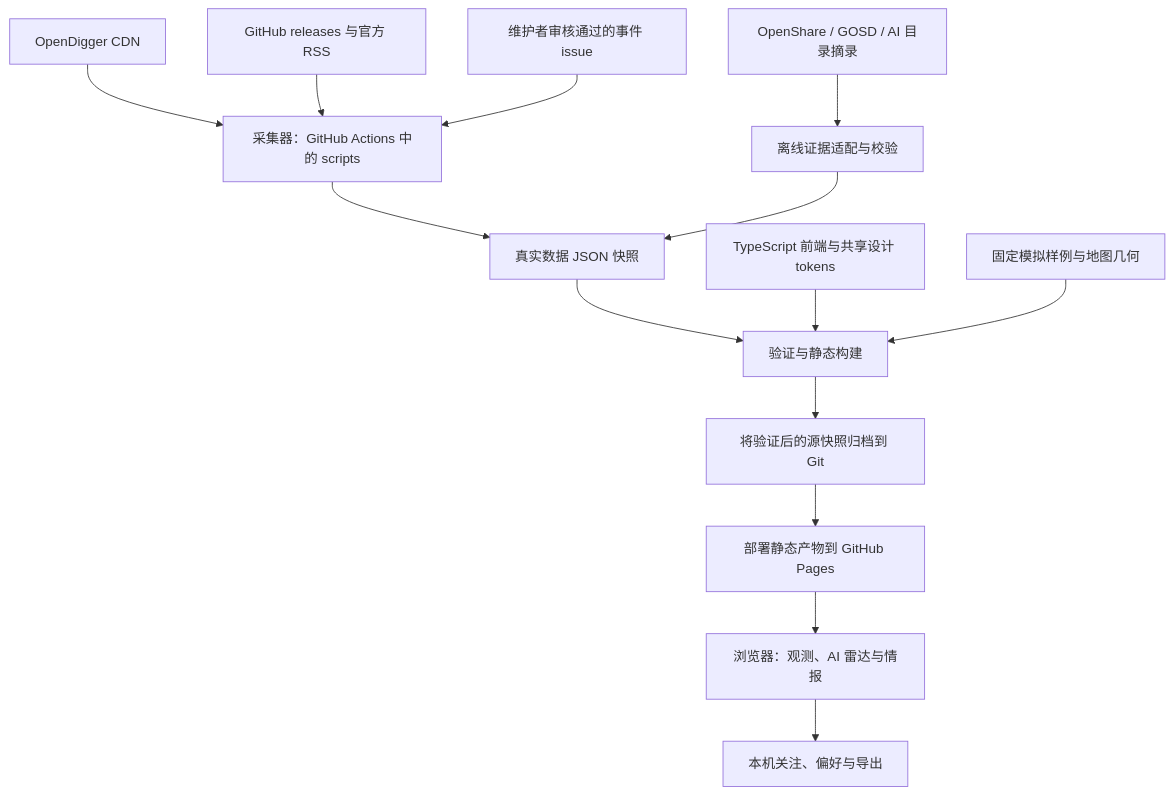
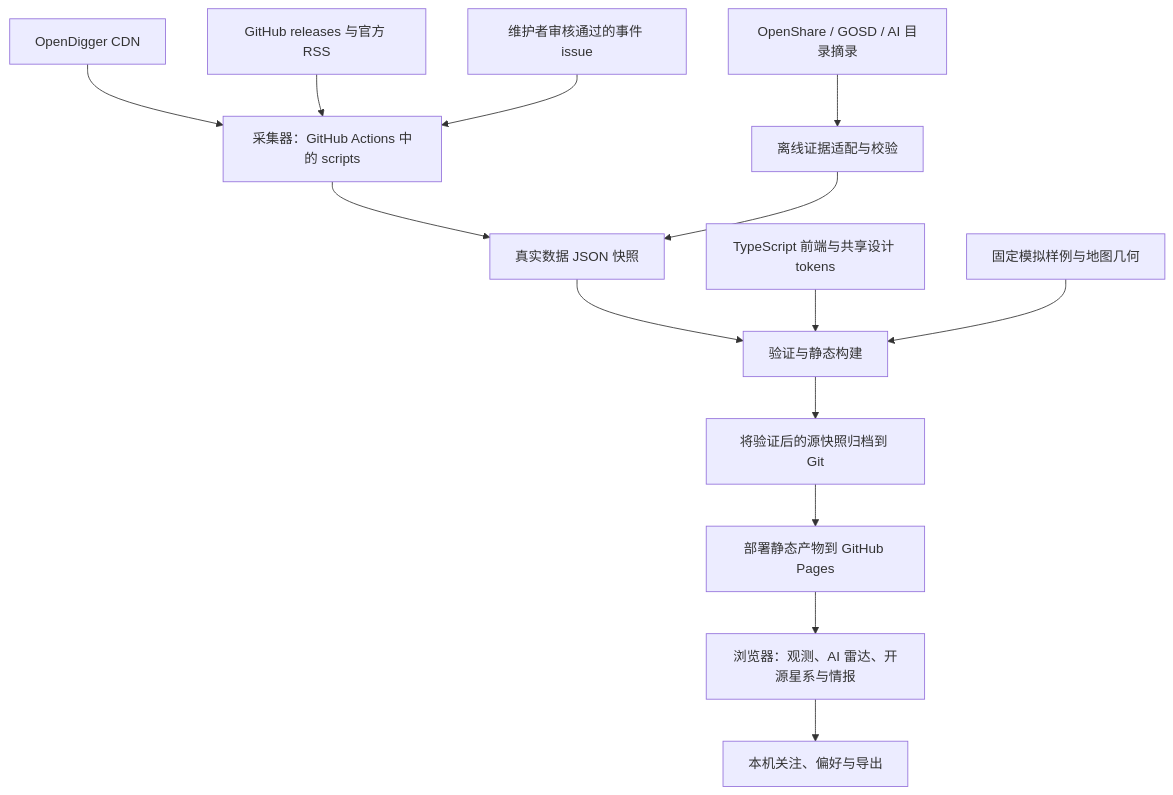
One commit to X-lab2017/open-dipper changed the second of 2 diagrams in README.zh-CN.md. Above: the diagram before and after it, drawn with Mermaid. The commit also changed other lines of this file and 40 other files, not shown here.

````diff
--- a/README.zh-CN.md
+++ b/README.zh-CN.md
@@ -101,16 +124,16 @@
 ```mermaid
 flowchart TD
   OD["OpenDigger CDN"] --> C["采集器：GitHub Actions 中的 scripts"]
   FE["GitHub releases 与官方 RSS"] --> C
   ED["维护者审核通过的事件 issue"] --> C
   C --> S["真实数据 JSON 快照"]
   OS["OpenShare / GOSD / AI 目录摘录"] --> EA["离线证据适配与校验"]
   EA --> S
   S --> Q["验证与静态构建"]
   UI["TypeScript 前端与共享设计 tokens"] --> Q
   FX["固定模拟样例与地图几何"] --> Q
   Q --> A["将验证后的源快照归档到 Git"]
   A --> P["部署静态产物到 GitHub Pages"]
-  P --> B["浏览器：观测、AI 雷达与情报"]
+  P --> B["浏览器：观测、AI 雷达、开源星系与情报"]
   B --> L["本机关注、偏好与导出"]
 ```
````
